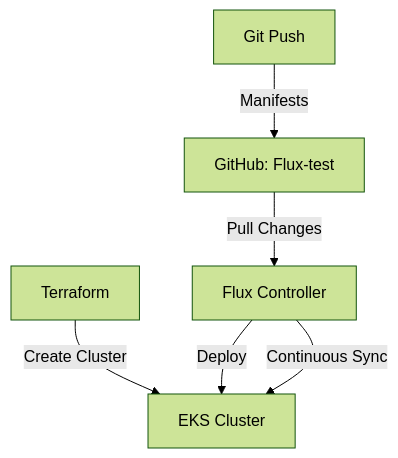
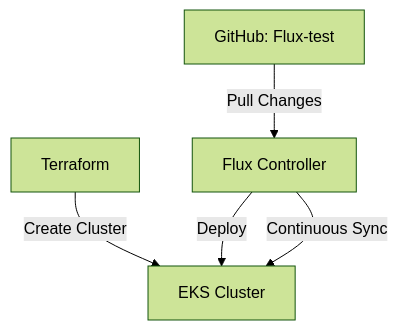
Before and after one commit to gvamsi2010/EKS_CLUSTER: the diagram in README.md, drawn with Mermaid (forest theme).

Commit message:
flux graph

````diff
--- a/README.md
+++ b/README.md
@@ -9,8 +9,7 @@
 ```mermaid
 graph TD
     E[Terraform] -->|Create Cluster| C[EKS Cluster]
     A[GitHub: Flux-test] -->|Pull Changes| B[Flux Controller]
     B -->|Deploy| C[EKS Cluster]
-    D[Git Push] -->|Manifests| A
     B -->|Continuous Sync| C
 ```
````
